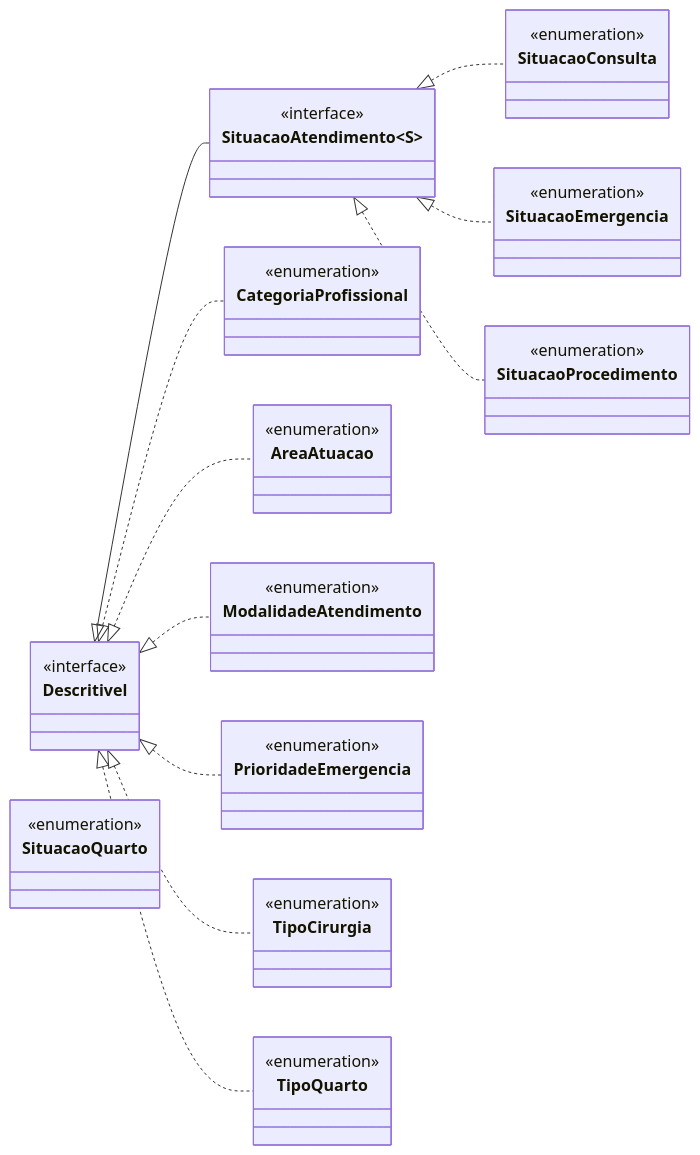
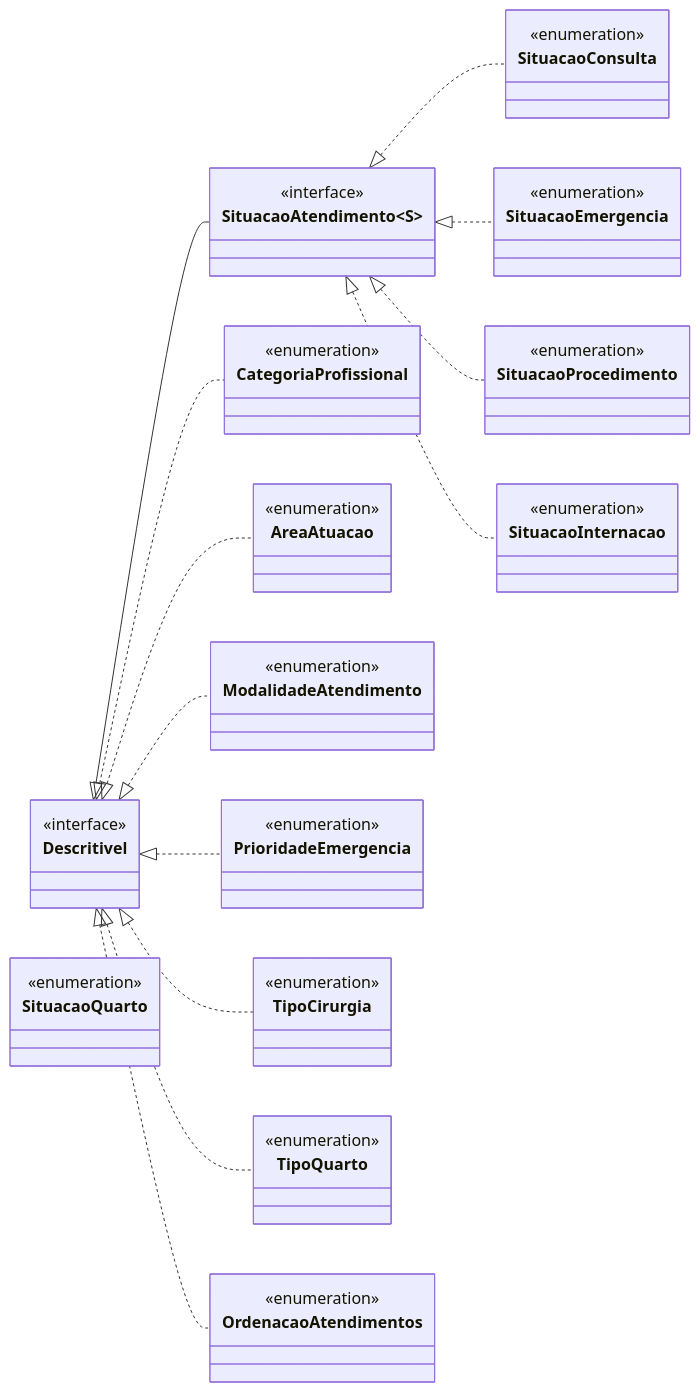
Before and after one commit to pedrolsrt/sistema-hospitalar: the second of 13 diagrams in docs/diagrama-de-classes.md, drawn with Mermaid. The commit also changed other lines of this file and 8 other files, not shown here.

Commit message:
docs: atualiza README e diagramas da Sprint 3

````diff
--- a/docs/diagrama-de-classes.md
+++ b/docs/diagrama-de-classes.md
@@ -130,28 +150,32 @@
 ```mermaid
 classDiagram
     direction LR
 
     class Descritivel { <<interface>> }
     class SituacaoAtendimento~S~ { <<interface>> }
     class SituacaoConsulta { <<enumeration>> }
     class SituacaoEmergencia { <<enumeration>> }
     class SituacaoProcedimento { <<enumeration>> }
+    class SituacaoInternacao { <<enumeration>> }
     class CategoriaProfissional { <<enumeration>> }
     class AreaAtuacao { <<enumeration>> }
     class ModalidadeAtendimento { <<enumeration>> }
     class PrioridadeEmergencia { <<enumeration>> }
     class TipoCirurgia { <<enumeration>> }
     class TipoQuarto { <<enumeration>> }
+    class OrdenacaoAtendimentos { <<enumeration>> }
     class SituacaoQuarto { <<enumeration>> }
 
     Descritivel <|-- SituacaoAtendimento
     SituacaoAtendimento <|.. SituacaoConsulta
     SituacaoAtendimento <|.. SituacaoEmergencia
     SituacaoAtendimento <|.. SituacaoProcedimento
+    SituacaoAtendimento <|.. SituacaoInternacao
     Descritivel <|.. CategoriaProfissional
     Descritivel <|.. AreaAtuacao
     Descritivel <|.. ModalidadeAtendimento
     Descritivel <|.. PrioridadeEmergencia
     Descritivel <|.. TipoCirurgia
     Descritivel <|.. TipoQuarto
+    Descritivel <|.. OrdenacaoAtendimentos
 ```
````
